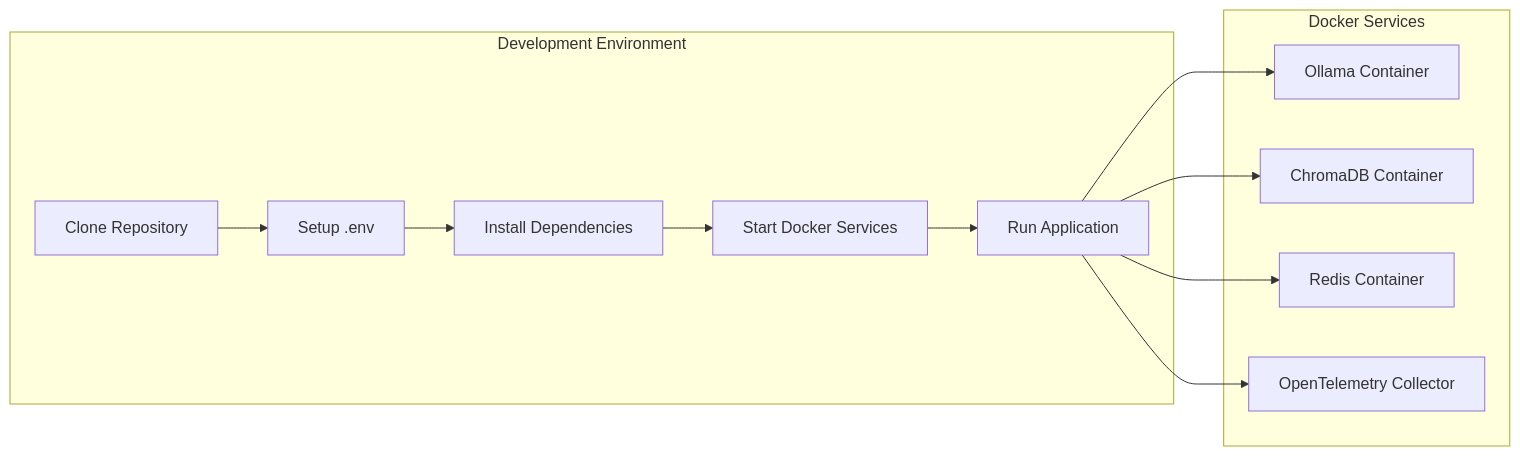
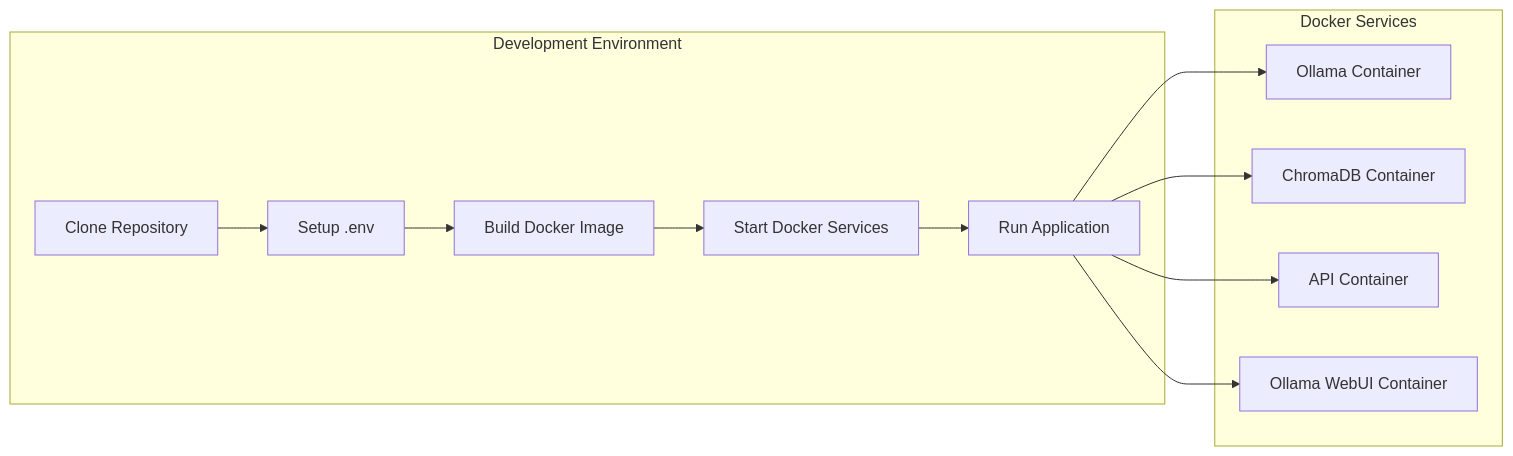
Before and after one commit to vivekratna2/pdf-chatbot: the diagram in README.md, drawn with Mermaid. The commit also changed other lines of this file and 2 other files, not shown here.

````diff
--- a/README.md
+++ b/README.md
@@ -42,21 +50,21 @@
 ```mermaid
 flowchart LR
     subgraph "Development Environment"
         A[Clone Repository] --> B[Setup .env]
-        B --> C[Install Dependencies]
+        B --> C[Build Docker Image]
         C --> D[Start Docker Services]
         D --> E[Run Application]
     end
     
     subgraph "Docker Services"
         F[Ollama Container]
         G[ChromaDB Container]
-        H[Redis Container]
-        I[OpenTelemetry Collector]
+        H[API Container]
+        I[Ollama WebUI Container]
     end
     
     E --> F
     E --> G
     E --> H
     E --> I
 ```
````
